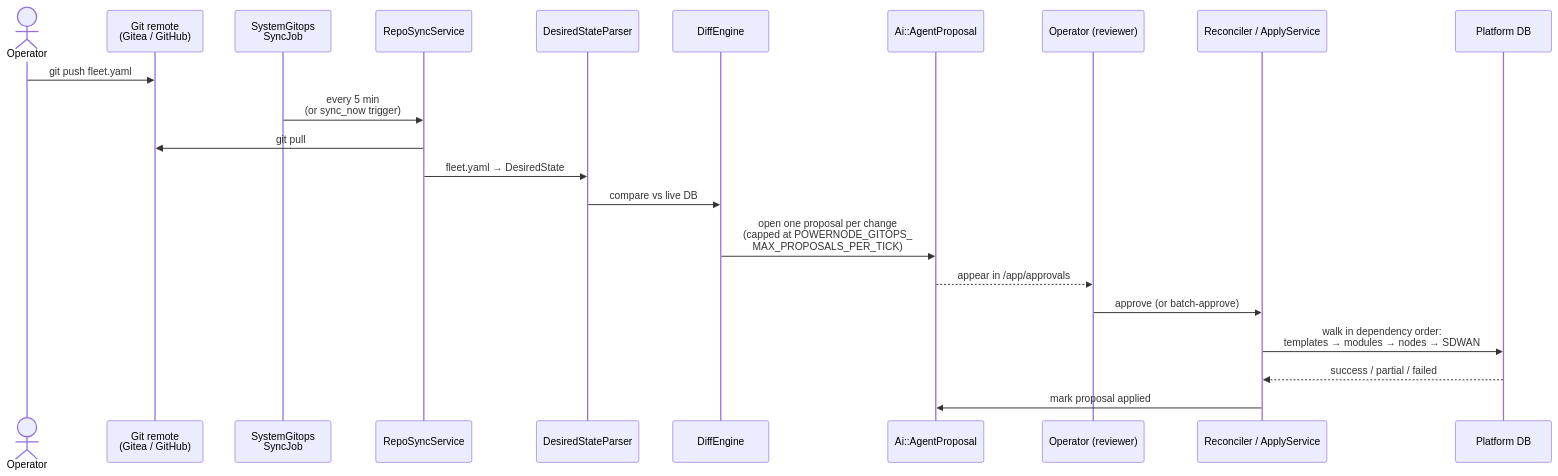
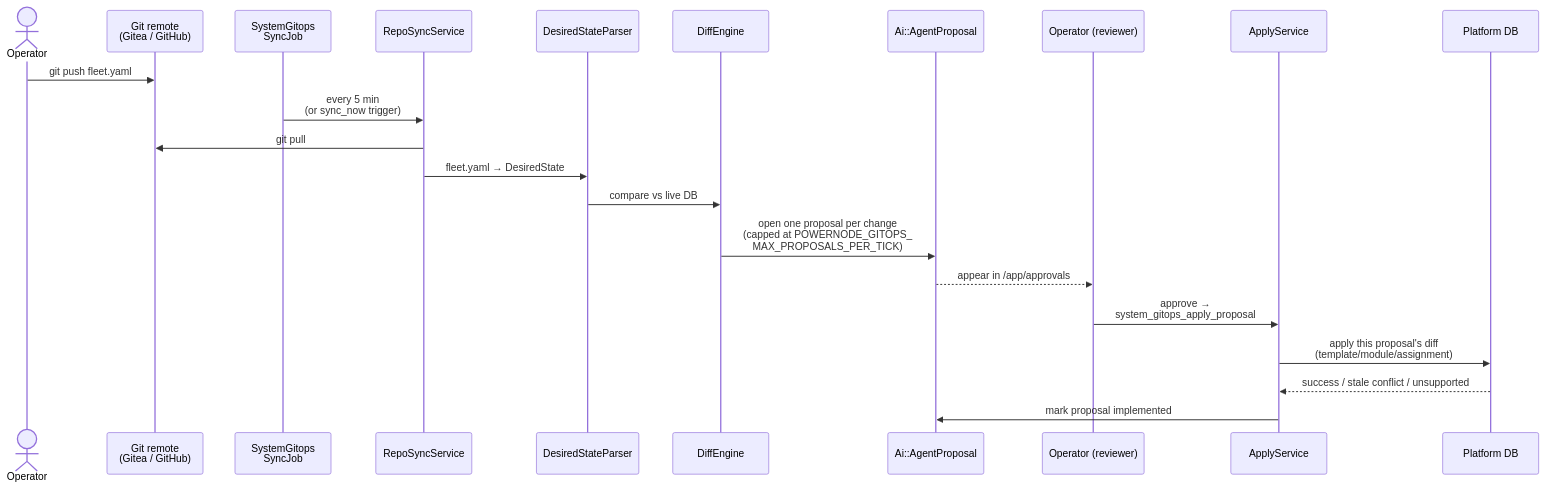
Before and after one commit to nodealchemy/powernode-system: the first of 2 diagrams in docs/runbooks/gitops-reconciliation.md, drawn with Mermaid. The commit also changed other lines of this file and 63 other files, not shown here.

````diff
--- a/docs/runbooks/gitops-reconciliation.md
+++ b/docs/runbooks/gitops-reconciliation.md
@@ -20,25 +31,25 @@
 ```mermaid
 sequenceDiagram
     actor Op as Operator
     participant Git as Git remote<br/>(Gitea / GitHub)
     participant Cron as SystemGitops<br/>SyncJob
     participant Sync as RepoSyncService
     participant Parse as DesiredStateParser
     participant Diff as DiffEngine
     participant Prop as Ai::AgentProposal
     participant Op2 as Operator (reviewer)
-    participant Apply as Reconciler / ApplyService
+    participant Apply as ApplyService
     participant DB as Platform DB
 
     Op->>Git: git push fleet.yaml
     Cron->>Sync: every 5 min<br/>(or sync_now trigger)
     Sync->>Git: git pull
     Sync->>Parse: fleet.yaml → DesiredState
     Parse->>Diff: compare vs live DB
     Diff->>Prop: open one proposal per change<br/>(capped at POWERNODE_GITOPS_<br/>MAX_PROPOSALS_PER_TICK)
     Prop-->>Op2: appear in /app/approvals
-    Op2->>Apply: approve (or batch-approve)
-    Apply->>DB: walk in dependency order:<br/>templates → modules → nodes → SDWAN
-    DB-->>Apply: success / partial / failed
-    Apply->>Prop: mark proposal applied
+    Op2->>Apply: approve →<br/>system_gitops_apply_proposal
+    Apply->>DB: apply this proposal's diff<br/>(template/module/assignment)
+    DB-->>Apply: success / stale conflict / unsupported
+    Apply->>Prop: mark proposal implemented
 ```
````
